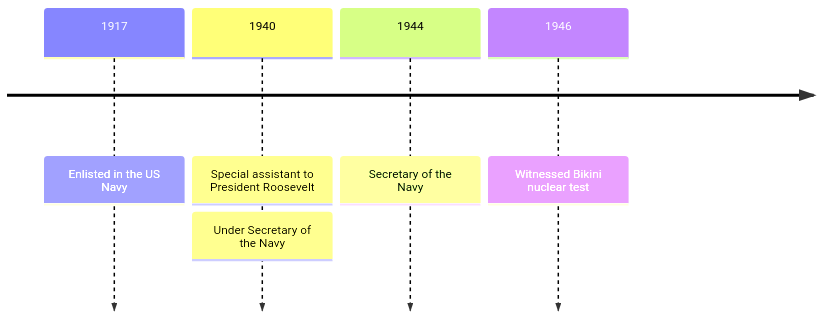
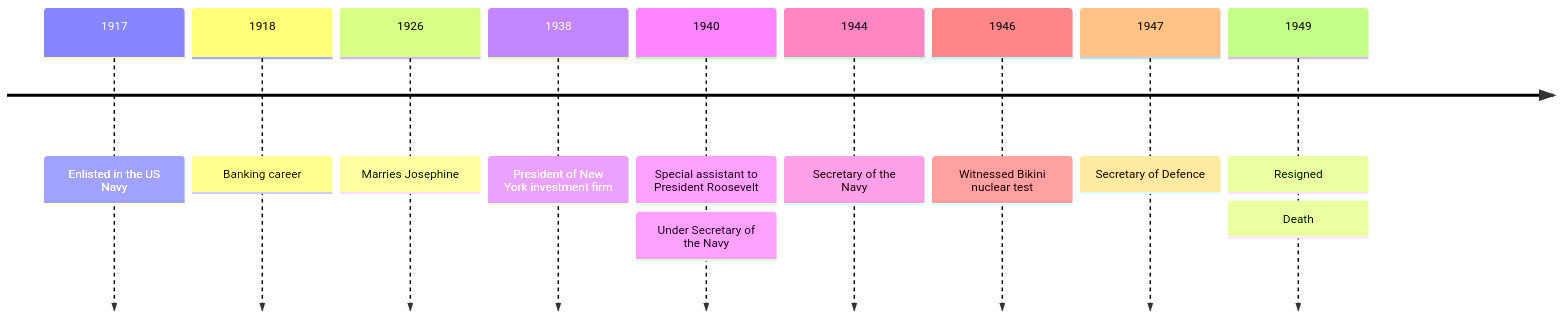
The first of 2 diagrams in docs/people/forrestal_james.md (Black-Star-Institute/blackstar.github.io), drawn with Mermaid before and after one commit. The commit also changed other lines of this file and 5 other files, not shown here.

````diff
--- a/docs/people/forrestal_james.md
+++ b/docs/people/forrestal_james.md
@@ -7,8 +7,14 @@
 ```mermaid
 timeline
   1917 : Enlisted in the US Navy
+  1918 : Banking career
+  1926 : Marries Josephine
+  1938 : President of New York investment firm
   1940 : Special assistant to President Roosevelt
        : Under Secretary of the Navy
   1944 : Secretary of the Navy 
   1946 : Witnessed Bikini nuclear test
+  1947 : Secretary of Defence
+  1949 : Resigned
+       : Death
 ```
````
